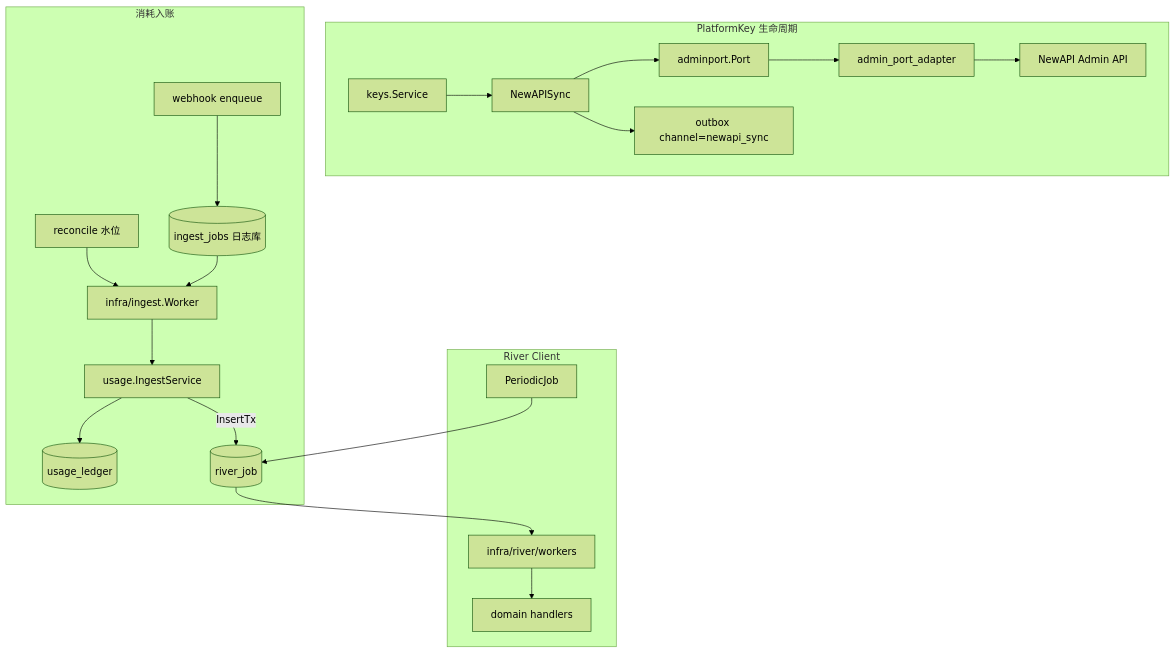
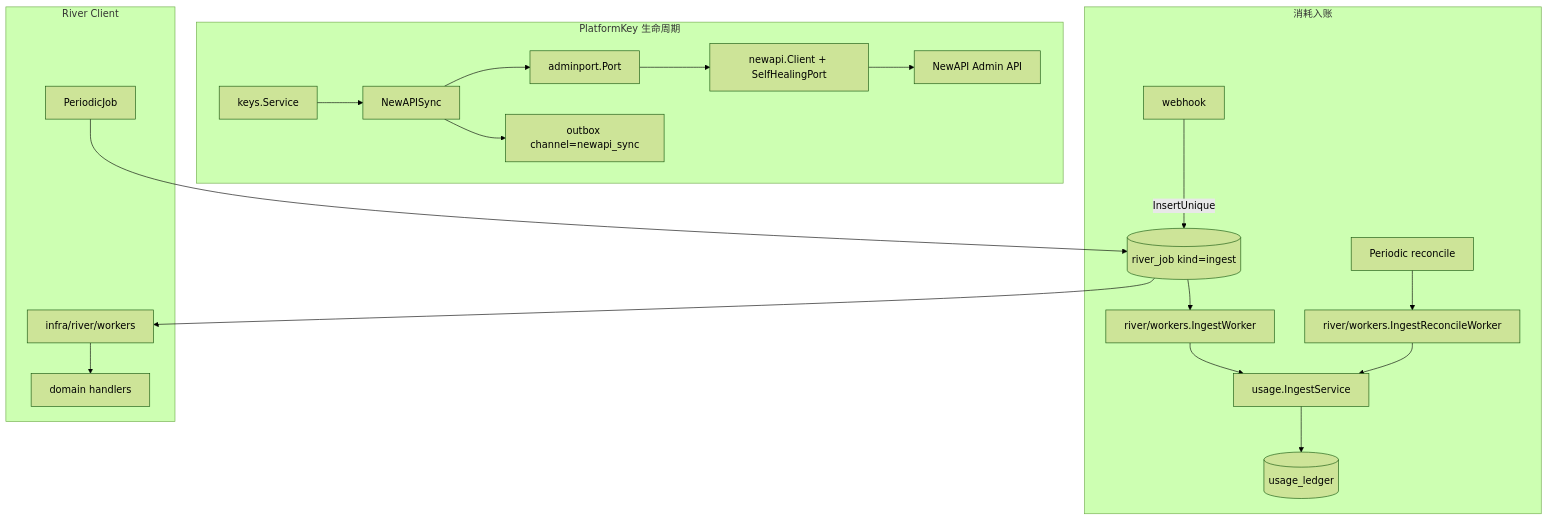
One commit to quyip8818/mytokenjoy changed the fourth of 6 diagrams in apps/docs/Backend-架构.md. Above: the diagram before and after it, drawn with Mermaid (forest theme). The commit also changed other lines of this file and 33 other files, not shown here.

````diff
--- a/apps/docs/Backend-架构.md
+++ b/apps/docs/Backend-架构.md
@@ -385,26 +389,25 @@
 ```mermaid
 flowchart TB
   subgraph lifecycle [PlatformKey 生命周期]
     KEYS[keys.Service] --> LC[NewAPISync]
     LC --> AP[adminport.Port]
-    AP --> ADP[admin_port_adapter]
+    AP --> ADP[newapi.Client + SelfHealingPort]
     ADP --> NA_API[NewAPI Admin API]
     LC --> OB_R[outbox channel=newapi_sync]
   end
 
   subgraph ingest [消耗入账]
-    WH[webhook enqueue] --> Q[(ingest_jobs 日志库)]
-    Q --> INGW[infra/ingest.Worker]
+    WH[webhook] -->|InsertUnique| RJ
+    RJ[(river_job kind=ingest)] --> INGW[river/workers.IngestWorker]
     INGW --> ING[usage.IngestService]
-    COMP[reconcile 水位] --> INGW
+    RECW[river/workers.IngestReconcileWorker] --> ING
+    PER1[Periodic reconcile] --> RECW
     ING --> LEDGER[(usage_ledger)]
-    ING -->|InsertTx| RJ
   end
 
   subgraph river [River Client]
-    RJ[(river_job)]
     RJ --> W[infra/river/workers]
     W --> DOM[domain handlers]
     PER[PeriodicJob] --> RJ
   end
 ```
````
